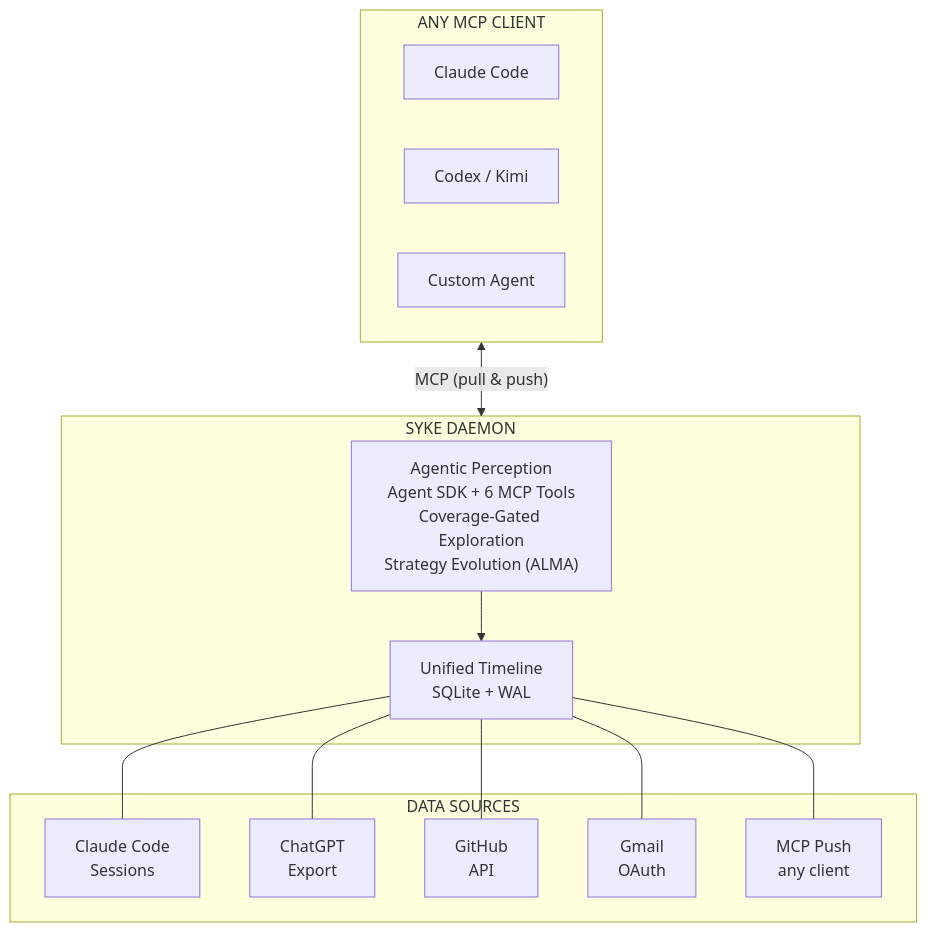
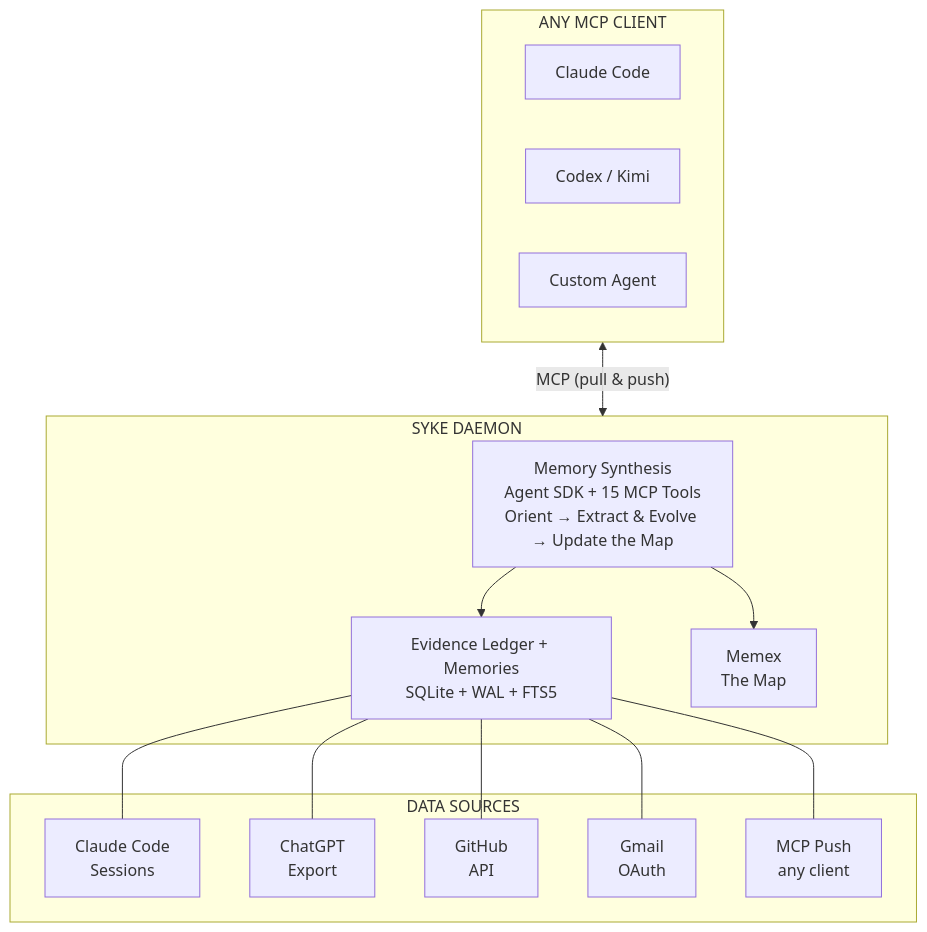
One commit to saxenauts/syke changed the diagram in README.md. Above: the diagram before and after it, drawn with Mermaid. The commit also changed other lines of this file and 18 other files, not shown here.

First line of the commit message:
docs: comprehensive update for memex architecture — remove all perception refs

````diff
--- a/README.md
+++ b/README.md
@@ -52,29 +52,31 @@
 ```mermaid
 graph TB
     subgraph Clients["ANY MCP CLIENT"]
         CC[Claude Code]
         CX[Codex / Kimi]
         CA[Custom Agent]
     end
 
     subgraph Syke["SYKE DAEMON"]
-        IS["Agentic Perception<br/>Agent SDK + 6 MCP Tools<br/>Coverage-Gated Exploration<br/>Strategy Evolution (ALMA)"]
-        TL["Unified Timeline<br/>SQLite + WAL"]
-        IS --> TL
+        MS["Memory Synthesis<br/>Agent SDK + 15 MCP Tools<br/>Orient → Extract & Evolve → Update the Map"]
+        TL["Evidence Ledger + Memories<br/>SQLite + WAL + FTS5"]
+        MX["Memex<br/>The Map"]
+        MS --> TL
+        MS --> MX
     end
 
     subgraph Sources["DATA SOURCES"]
         S1[Claude Code<br/>Sessions]
         S2[ChatGPT<br/>Export]
         S3[GitHub<br/>API]
         S4[Gmail<br/>OAuth]
         S5[MCP Push<br/>any client]
     end
 
     Clients <-->|"MCP (pull & push)"| Syke
     TL --- S1
     TL --- S2
     TL --- S3
     TL --- S4
     TL --- S5
 ```
````
